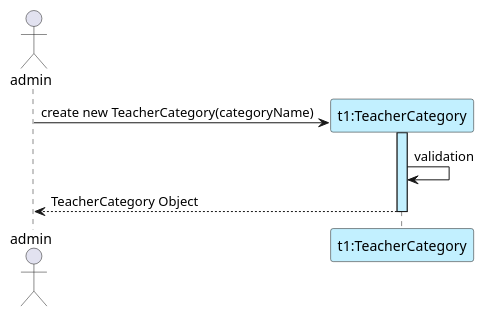
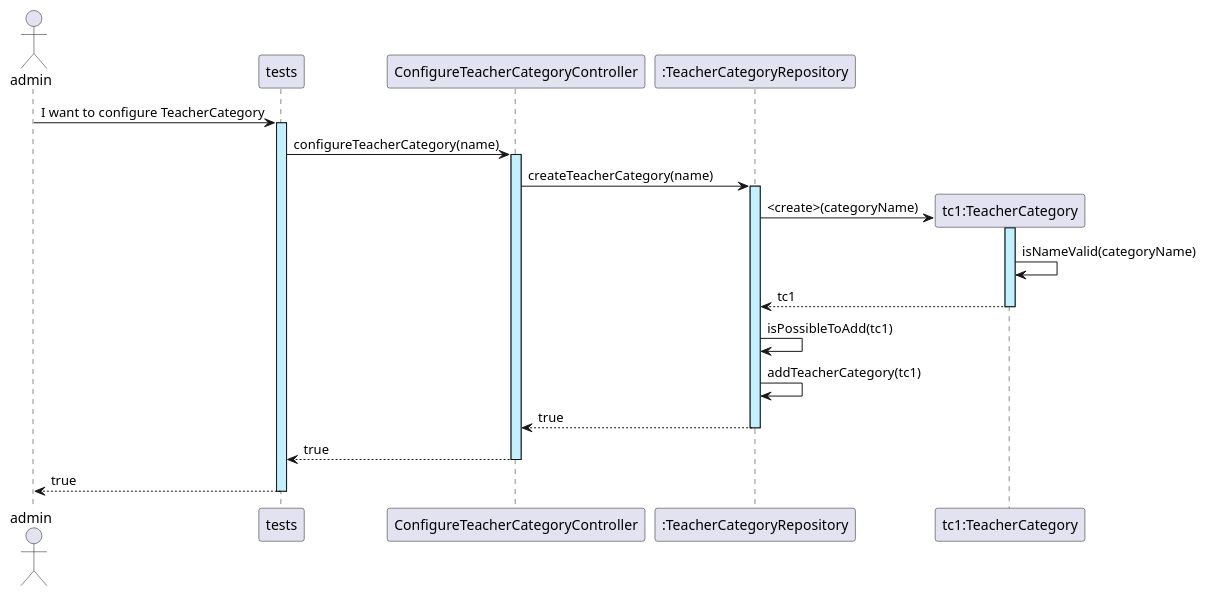
The diagram in docs/sequenceSystemDiagrams/Sprint_1/US01_ConfigureTeacherCategoriesInSystem.puml (GasparISEP/DevOps-PAI), drawn with PlantUML before and after one commit.

Commit message:
US01 SSD update

```diff
--- a/docs/sequenceSystemDiagrams/Sprint_1/US01_ConfigureTeacherCategoriesInSystem.puml
+++ b/docs/sequenceSystemDiagrams/Sprint_1/US01_ConfigureTeacherCategoriesInSystem.puml
@@ -1,11 +1,24 @@
 @startuml
 actor admin
 
-create "t1:TeacherCategory" as TeacherCategory #application
-admin -> TeacherCategory : create new TeacherCategory(categoryName)
-activate TeacherCategory #application
-TeacherCategory -> TeacherCategory: validation
-TeacherCategory --> admin :  TeacherCategory Object
 
-deactivate TeacherCategory
+
+admin -> tests ++ #application : I want to configure TeacherCategory
+
+tests -> ConfigureTeacherCategoryController ++ #application : configureTeacherCategory(name)
+
+participant ":TeacherCategoryRepository" as TeacherCategoryRepository
+ConfigureTeacherCategoryController -> TeacherCategoryRepository ++ #application : createTeacherCategory(name)
+
+create "tc1:TeacherCategory" as TeacherCategory
+TeacherCategoryRepository -> TeacherCategory ++ #application : <create>(categoryName)
+TeacherCategory -> TeacherCategory: isNameValid(categoryName)
+TeacherCategory --> TeacherCategoryRepository -- : tc1
+TeacherCategoryRepository -> TeacherCategoryRepository : isPossibleToAdd(tc1)
+TeacherCategoryRepository -> TeacherCategoryRepository : addTeacherCategory(tc1)
+
+TeacherCategoryRepository --> ConfigureTeacherCategoryController --: true
+
+ConfigureTeacherCategoryController --> tests --: true
+tests --> admin --: true
 @enduml
```
